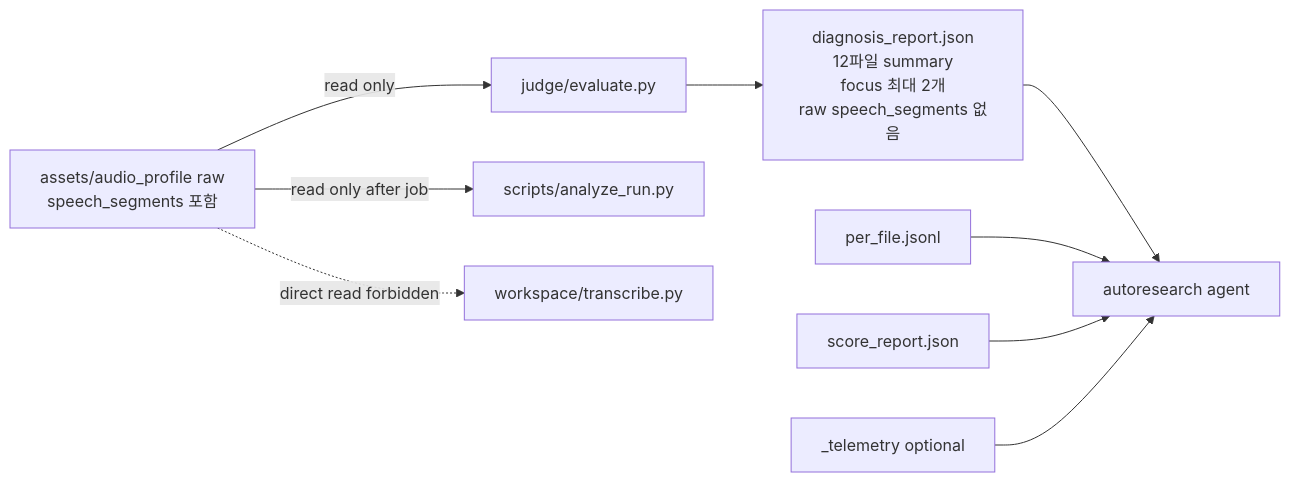
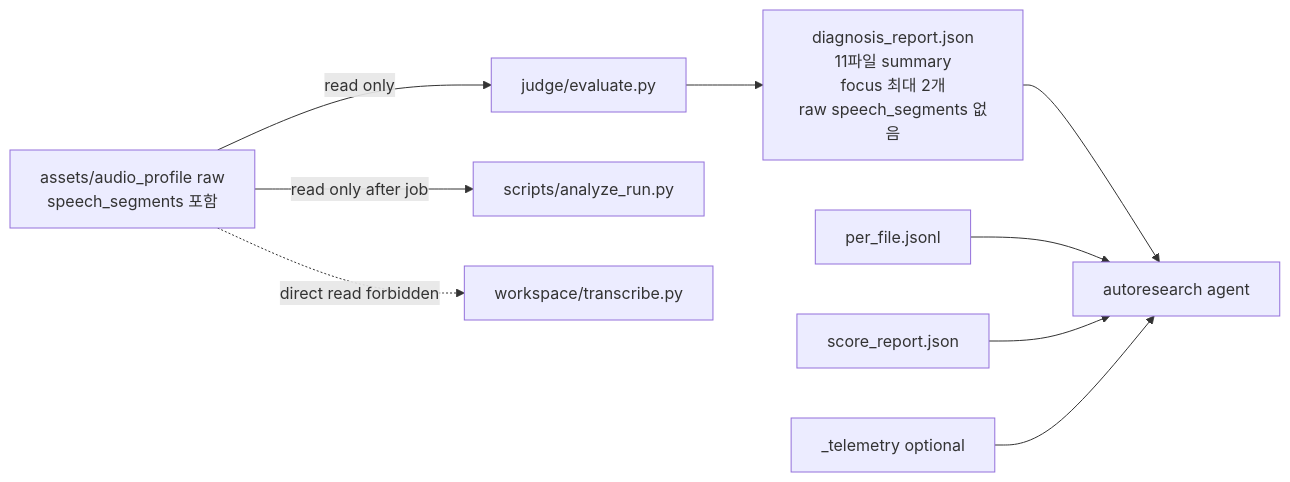
The third of 3 diagrams in docs/PHASE3-LOOP.md (YuBeomGon/stt-pipe), drawn with Mermaid before and after one commit. The commit also changed other lines of this file and 17 other files, not shown here.

````diff
--- a/docs/PHASE3-LOOP.md
+++ b/docs/PHASE3-LOOP.md
@@ -77,12 +77,12 @@
 ```mermaid
 flowchart LR
     AP[assets/audio_profile raw<br/>speech_segments 포함] -->|read only| J[judge/evaluate.py]
     AP -->|read only after job| AN[scripts/analyze_run.py]
     AP -. direct read forbidden .-> W[workspace/transcribe.py]
 
-    J --> D[diagnosis_report.json<br/>12파일 summary<br/>focus 최대 2개<br/>raw speech_segments 없음]
+    J --> D[diagnosis_report.json<br/>11파일 summary<br/>focus 최대 2개<br/>raw speech_segments 없음]
     D --> AR[autoresearch agent]
     PF[per_file.jsonl] --> AR
     SR[score_report.json] --> AR
     TEL[_telemetry optional] --> AR
 ```
````
